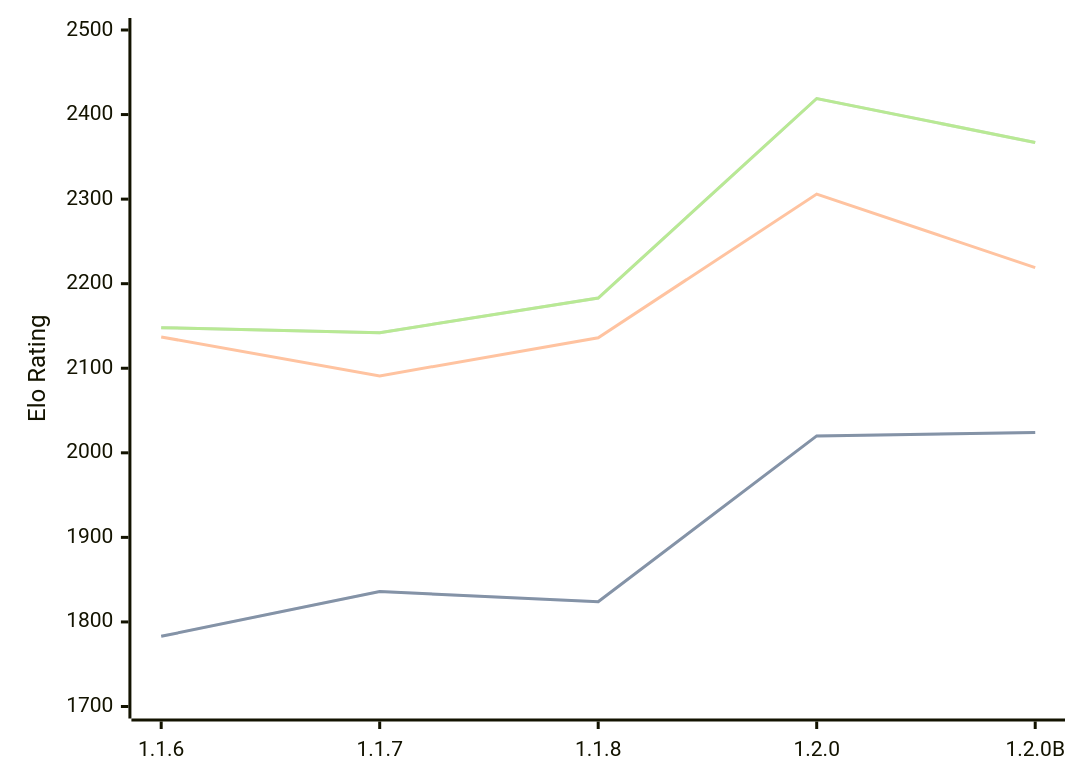
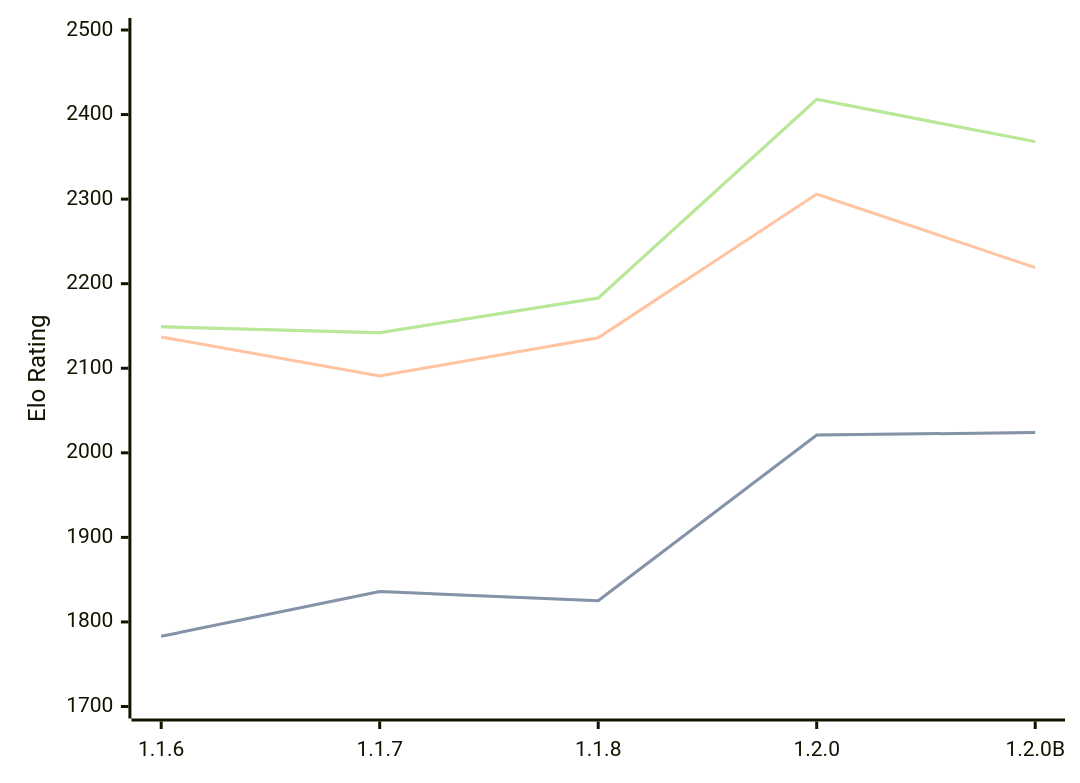
Before and after one commit to computer-chess-index/cci: the diagram in engines/Soomi.md, drawn with Mermaid. The commit also changed other lines of this file, not shown here.

Commit message:
Update CCI Ratings (ELO VLTC) - 2026-07-28

````diff
--- a/engines/Soomi.md
+++ b/engines/Soomi.md
@@ -35,11 +35,11 @@
 ```mermaid
 %%{init: {"theme":"base","themeVariables":{"seriesColors:['#a3a3a3','#222221','#faa371']}}}%%
 xychart-beta
   x-axis ["1.1.6", "1.1.7", "1.1.8", "1.2.0", "1.2.0B"]
   y-axis "Elo Rating" 1700 --> 2500
-  line "STC (8.0+0.08s)" [1783, 1836, 1824, 2020, 2024]
-  line "STC (8.0+0.08s)" [1783, 1836, 1824, 2020, 2024]
+  line "STC (8.0+0.08s)" [1783, 1836, 1825, 2021, 2024]
+  line "STC (8.0+0.08s)" [1783, 1836, 1825, 2021, 2024]
   line "LTC (60.0+0.60s)" [2137, 2091, 2136, 2306, 2219]
-  line "VLTC (2m24s+1.12s)" [2148, 2142, 2183, 2419, 2367]
-  line "VLTC (2m24s+1.12s)" [2148, 2142, 2183, 2419, 2367]
+  line "VLTC (2m24s+1.12s)" [2149, 2142, 2183, 2418, 2368]
+  line "VLTC (2m24s+1.12s)" [2149, 2142, 2183, 2418, 2368]
 ```
````
